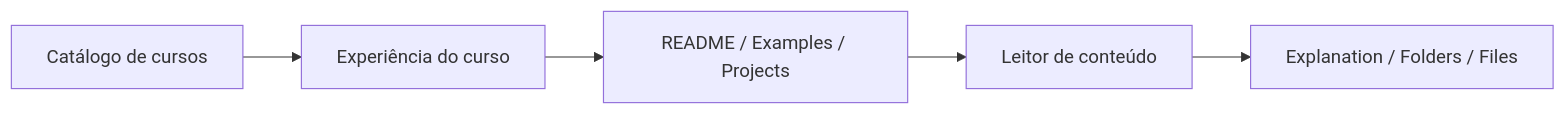
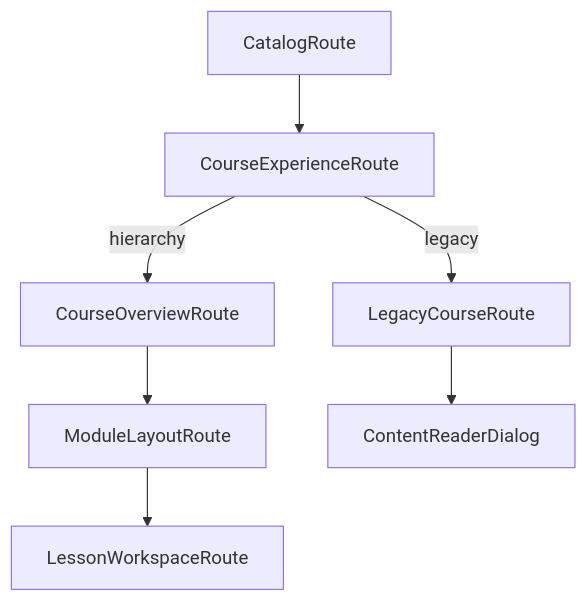
Before and after one commit to paulocymbaum/hackerrank-lab: the diagram in frontend/ARCHITECTURE-FRONT.md, drawn with Mermaid. The commit also changed other lines of this file and 72 other files, not shown here.

````diff
--- a/frontend/ARCHITECTURE-FRONT.md
+++ b/frontend/ARCHITECTURE-FRONT.md
@@ -35,7 +30,17 @@
 ```mermaid
-flowchart LR
-  A[Catálogo de cursos] --> B[Experiência do curso]
-  B --> C[README / Examples / Projects]
-  C --> D[Leitor de conteúdo]
-  D --> E[Explanation / Folders / Files]
+flowchart TD
+  Catalog[CatalogRoute]
+  CE[CourseExperienceRoute]
+  CO[CourseOverviewRoute]
+  ML[ModuleLayoutRoute]
+  LW[LessonWorkspaceRoute]
+  Legacy[LegacyCourseRoute]
+  CRD[ContentReaderDialog]
+
+  Catalog --> CE
+  CE -->|hierarchy| CO
+  CE -->|legacy| Legacy
+  CO --> ML
+  ML --> LW
+  Legacy --> CRD
 ```
````
